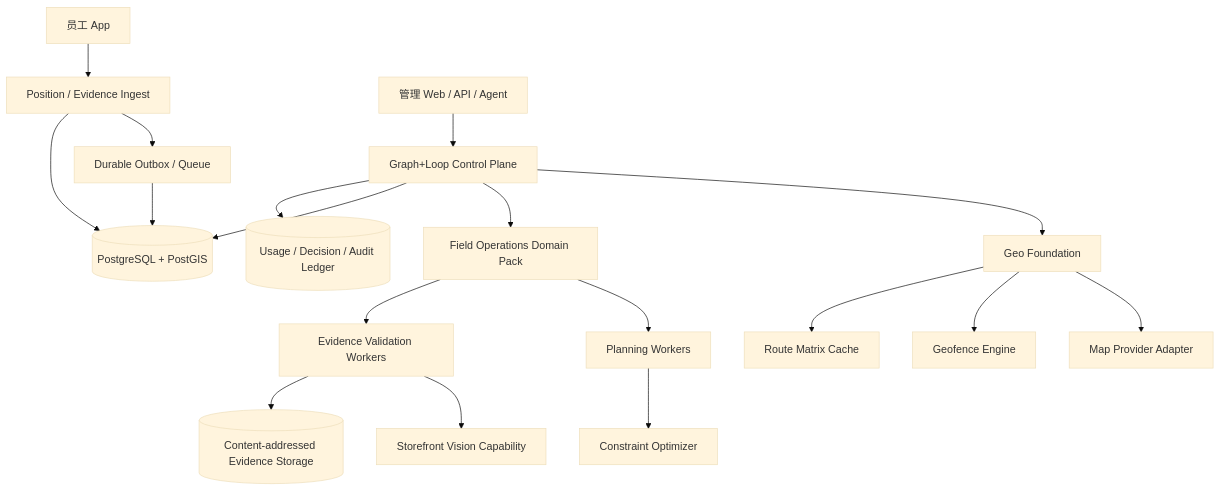
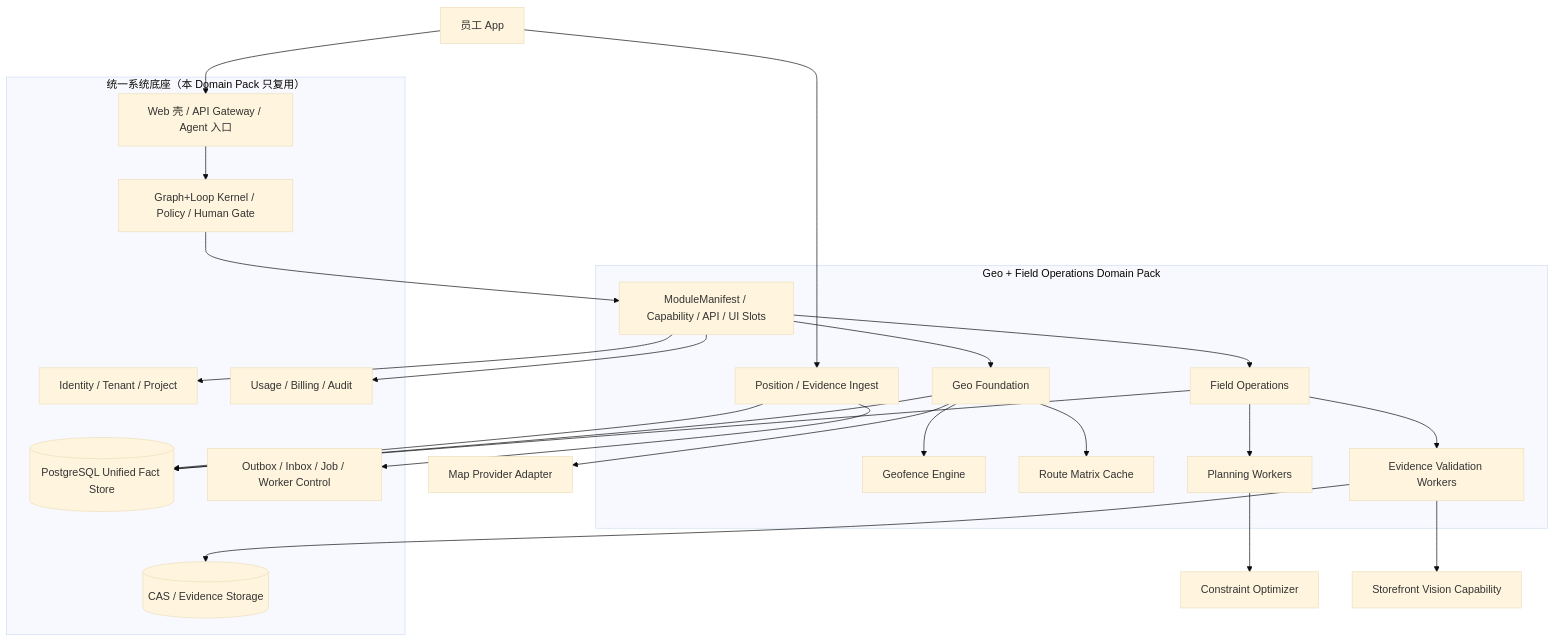
One commit to Billjobszwq/QY_FMCG_image changed the diagram in docs/superpowers/specs/2026-08-04-location-field-operations-design.md. Above: the diagram before and after it, drawn with Mermaid (base theme). The commit also changed other lines of this file and 2 other files, not shown here.

Commit message:
docs: unify platform foundation and domain packs

```diff
--- a/docs/superpowers/specs/2026-08-04-location-field-operations-design.md
+++ b/docs/superpowers/specs/2026-08-04-location-field-operations-design.md
@@ -68,20 +72,44 @@
 ~~~mermaid
 flowchart TB
-    APP[员工 App] --> ING[Position / Evidence Ingest]
-    WEB[管理 Web / API / Agent] --> CP[Graph+Loop Control Plane]
-    CP --> GF[Geo Foundation]
-    CP --> FO[Field Operations Domain Pack]
-    ING --> OUTBOX[Durable Outbox / Queue]
-    GF --> MAP[Map Provider Adapter]
-    GF --> FENCE[Geofence Engine]
-    GF --> MATRIX[Route Matrix Cache]
-    FO --> PLAN[Planning Workers]
-    FO --> EVID[Evidence Validation Workers]
-    PLAN --> OPT[Constraint Optimizer]
-    EVID --> VIS[Storefront Vision Capability]
-    CP --> PG[(PostgreSQL + PostGIS)]
-    ING --> PG
-    OUTBOX --> PG
-    EVID --> CAS[(Content-addressed Evidence Storage)]
-    CP --> LEDGER[(Usage / Decision / Audit Ledger)]
+    subgraph SHARED["统一系统底座（本 Domain Pack 只复用）"]
+        SHELL["Web 壳 / API Gateway / Agent 入口"]
+        KERNEL["Graph+Loop Kernel / Policy / Human Gate"]
+        IAM["Identity / Tenant / Project"]
+        DATA[("PostgreSQL Unified Fact Store")]
+        EVENT["Outbox / Inbox / Job / Worker Control"]
+        CAS[("CAS / Evidence Storage")]
+        LEDGER["Usage / Billing / Audit"]
+        SHELL --> KERNEL
+    end
+
+    subgraph PACK["Geo + Field Operations Domain Pack"]
+        MANIFEST["ModuleManifest / Capability / API / UI Slots"]
+        GF["Geo Foundation"]
+        FO["Field Operations"]
+        ING["Position / Evidence Ingest"]
+        FENCE["Geofence Engine"]
+        MATRIX["Route Matrix Cache"]
+        PLAN["Planning Workers"]
+        EVID["Evidence Validation Workers"]
+        GF --> FENCE
+        GF --> MATRIX
+        FO --> PLAN
+        FO --> EVID
+    end
+
+    APP["员工 App"] --> SHELL
+    KERNEL --> MANIFEST
+    MANIFEST --> GF
+    MANIFEST --> FO
+    APP --> ING
+    GF --> MAP["Map Provider Adapter"]
+    PLAN --> OPT["Constraint Optimizer"]
+    EVID --> VIS["Storefront Vision Capability"]
+    ING --> EVENT
+    ING --> DATA
+    GF --> DATA
+    FO --> DATA
+    EVID --> CAS
+    MANIFEST --> LEDGER
+    MANIFEST --> IAM
 ~~~
```
